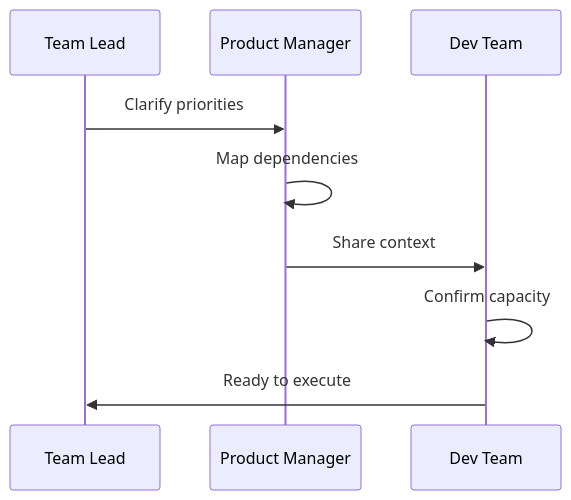
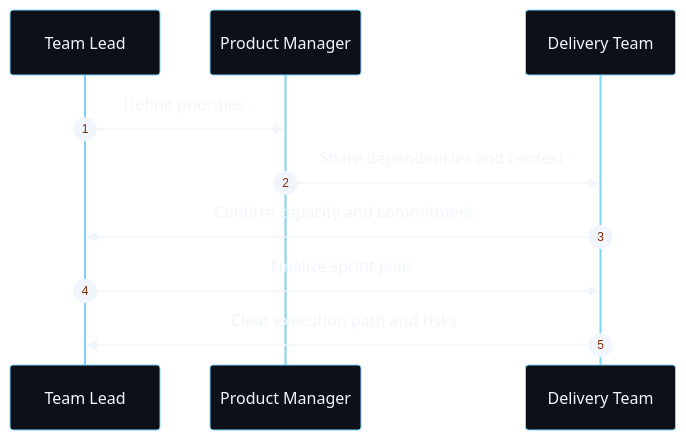
Before and after one commit to deveninception/deveninception: the second of 3 diagrams in README.md, drawn with Mermaid. The commit also changed other lines of this file, not shown here.

````diff
--- a/README.md
+++ b/README.md
@@ -49,13 +42,14 @@
 ```mermaid
-%%{init: {'theme': 'default', 'themeVariables': { 'primaryColor': '#1f6feb', 'primaryTextColor': '#ffffff', 'primaryBorderColor': '#0d47a1', 'lineColor': '#58a6ff', 'tertiaryTextColor': '#ffffff'}, 'sequence': {'useMaxWidth': true}}}%%
+%%{init: {'theme': 'base', 'themeVariables': { 'fontFamily': 'Segoe UI, Arial, sans-serif', 'primaryColor': '#0d1117', 'primaryTextColor': '#f0f6fc', 'primaryBorderColor': '#7dd3fc', 'lineColor': '#7dd3fc', 'background': '#0d1117'}}}%%
 sequenceDiagram
-    participant TL as Team Lead
+    autonumber
+    participant T as Team Lead
     participant PM as Product Manager
-    participant Dev as Dev Team
-    
-    TL->>PM: Clarify priorities
-    PM->>PM: Map dependencies
-    PM->>Dev: Share context
-    Dev->>Dev: Confirm capacity
-    Dev->>TL: Ready to execute
+    participant D as Delivery Team
+
+    T->>PM: Define priorities
+    PM->>D: Share dependencies and context
+    D->>T: Confirm capacity and commitment
+    T->>D: Finalize sprint plan
+    D->>T: Clear execution path and risks
 ```
````
